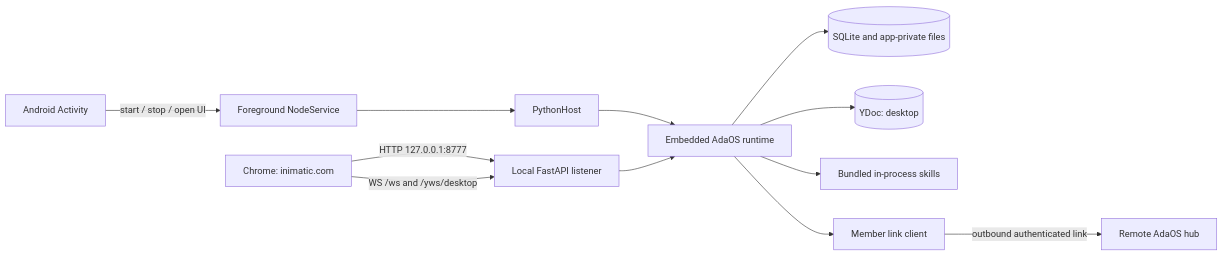
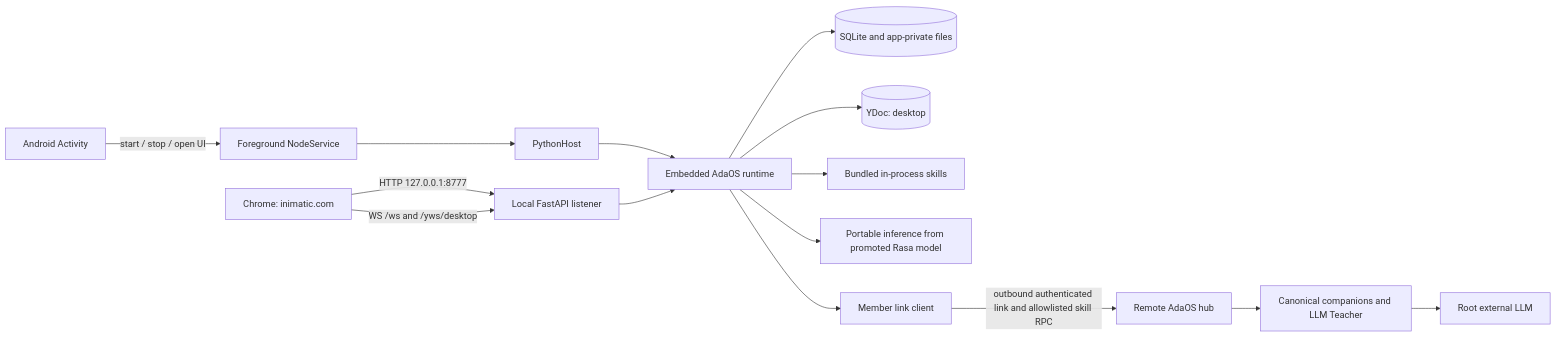
Before and after one commit to inimatic/adaos: the diagram in docs/architecture/android-full-node.md, drawn with Mermaid. The commit also changed other lines of this file and 2 other files, not shown here.

Commit message:
docs(android): define PoC9 conversational architecture

````diff
--- a/docs/architecture/android-full-node.md
+++ b/docs/architecture/android-full-node.md
@@ -111,14 +124,17 @@
 ```mermaid
 flowchart LR
     A[Android Activity] -->|start / stop / open UI| S[Foreground NodeService]
     S --> H[PythonHost]
     H --> R[Embedded AdaOS runtime]
     R --> DB[(SQLite and app-private files)]
     R --> Y[(YDoc: desktop)]
     R --> K[Bundled in-process skills]
+    R --> N[Portable inference from promoted Rasa model]
     R --> L[Member link client]
-    L -->|outbound authenticated link| HUB[Remote AdaOS hub]
+    L -->|outbound authenticated link and allowlisted skill RPC| HUB[Remote AdaOS hub]
+    HUB --> C[Canonical companions and LLM Teacher]
+    C --> E[Root external LLM]
     B[Chrome: inimatic.com] -->|HTTP 127.0.0.1:8777| API[Local FastAPI listener]
     B -->|WS /ws and /yws/desktop| API
     API --> R
 ```
````
